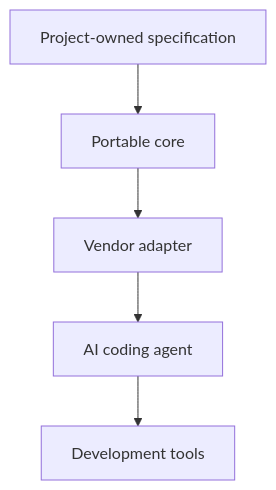
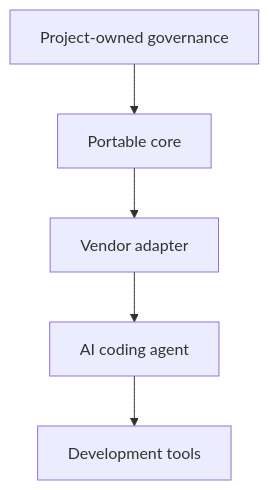
Before and after one commit to frachman/pakemin: the diagram in docs/getting-started/overview.md, drawn with Mermaid. The commit also changed other lines of this file and 11 other files, not shown here.

````diff
--- a/docs/getting-started/overview.md
+++ b/docs/getting-started/overview.md
@@ -25,7 +25,7 @@
 ```mermaid
 flowchart TD
-  A[Project-owned specification] --> B[Portable core]
+  A[Project-owned governance] --> B[Portable core]
   B --> C[Vendor adapter]
   C --> D[AI coding agent]
   D --> E[Development tools]
 ```
````
